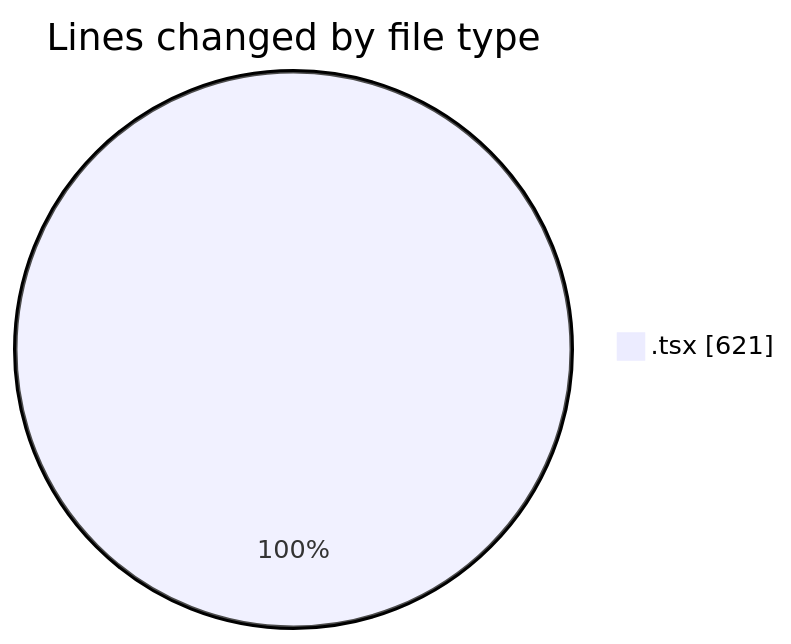
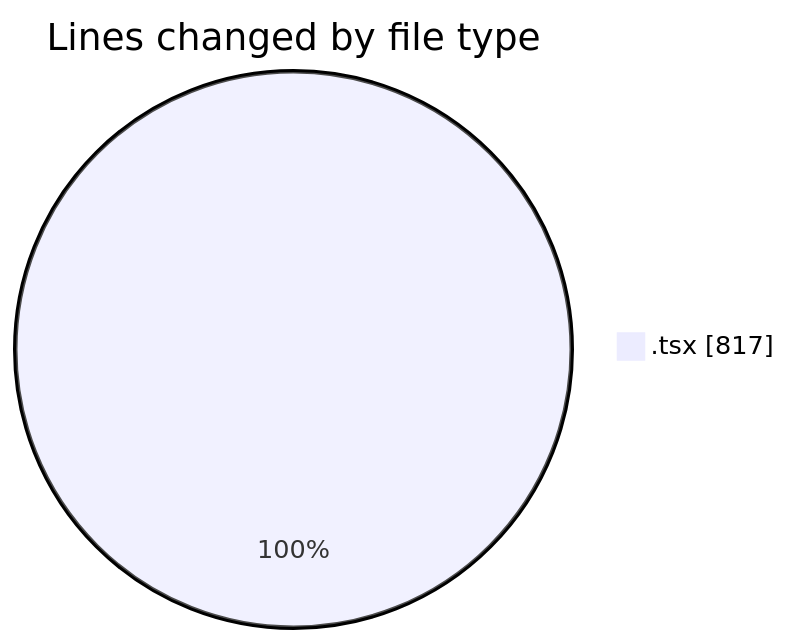
Before and after one commit to JenPaints/code-tracking: the first of 2 diagrams in 2025-05-28/kimberly-groups/README.md, drawn with Mermaid. The commit also changed other lines of this file and 1 other file, not shown here.

````diff
--- a/2025-05-28/kimberly-groups/README.md
+++ b/2025-05-28/kimberly-groups/README.md
@@ -24,5 +25,5 @@
 ```mermaid
 pie showData
 title Lines changed by file type
-".tsx" : 621
+".tsx" : 817
 ```
````
